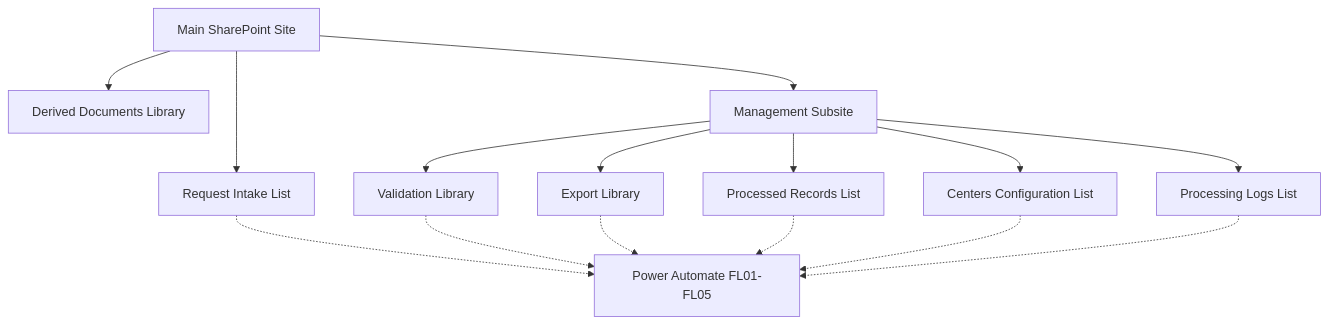
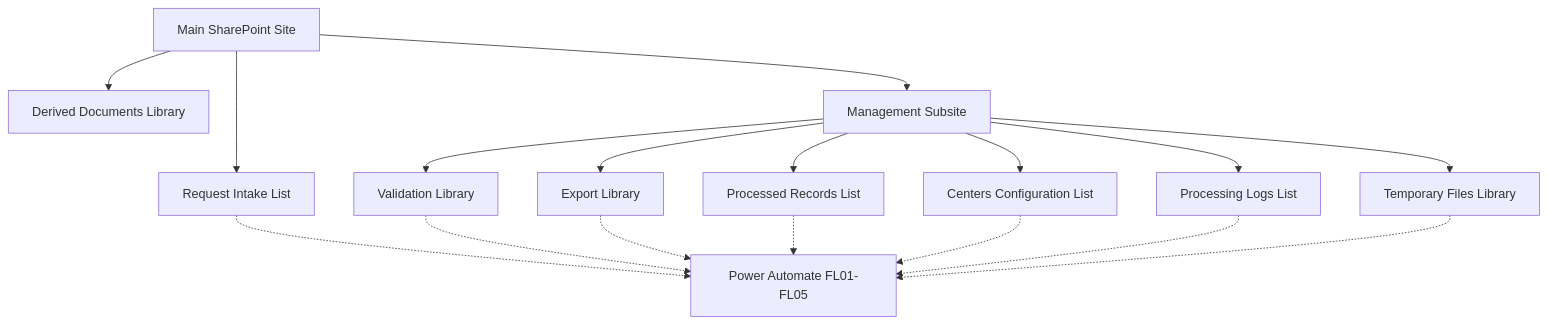
Before and after one commit to smartinmunoz/power-platform-portfolio: the diagram in Power-Automate/SharePoint-Excel-Automation/Sharepoint/README.md, drawn with Mermaid.

Commit message:
docs: add temporary library to architecture diagram

````diff
--- a/Power-Automate/SharePoint-Excel-Automation/Sharepoint/README.md
+++ b/Power-Automate/SharePoint-Excel-Automation/Sharepoint/README.md
@@ -36,30 +36,32 @@
 ```mermaid
 flowchart TD
     A[Main SharePoint Site]
     B[Request Intake List]
     C[Derived Documents Library]
     D[Management Subsite]
     E[Validation Library]
     F[Export Library]
     G[Processed Records List]
     H[Centers Configuration List]
     I[Processing Logs List]
     J[Power Automate FL01-FL05]
-
+    K[Temporary Files Library]
     A --> B
     A --> C
     A --> D
 
     D --> E
     D --> F
     D --> G
     D --> H
     D --> I
+    D --> K
 
     B -.-> J
     E -.-> J
     F -.-> J
     G -.-> J
     H -.-> J
     I -.-> J
+    K -.-> J
 ```
````
